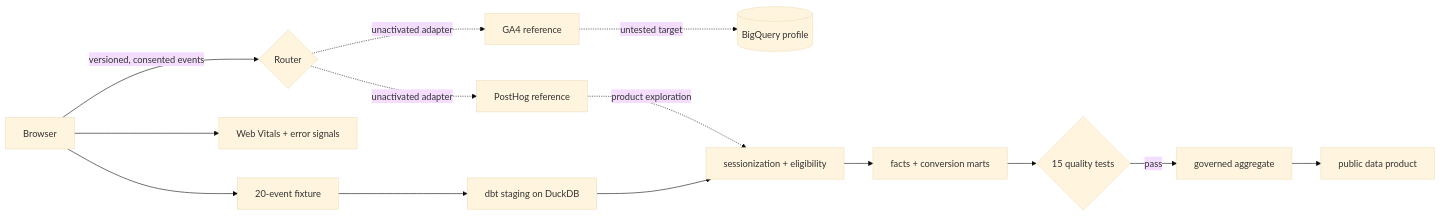
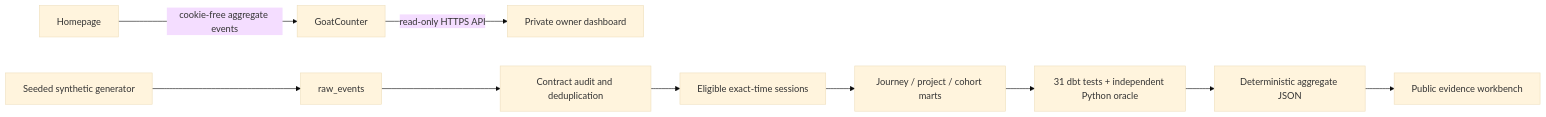
Before and after one commit to KushPatel29/KushPatel29.github.io: the diagram in projects/portfolio-intelligence-platform/README.md, drawn with Mermaid (base theme). The commit also changed other lines of this file and 54 other files, not shown here.

````diff
--- a/projects/portfolio-intelligence-platform/README.md
+++ b/projects/portfolio-intelligence-platform/README.md
@@ -27,16 +53,12 @@
 ```mermaid
 flowchart LR
-  B[Browser] -->|versioned, consented events| R{Router}
-  R -. unactivated adapter .-> G[GA4 reference]
-  R -. unactivated adapter .-> P[PostHog reference]
-  B --> W[Web Vitals + error signals]
-  G -. untested target .-> BQ[(BigQuery profile)]
-  B[Browser] --> SEED[20-event fixture]
-  SEED --> S[dbt staging on DuckDB]
-  S --> I[sessionization + eligibility]
-  I --> F[facts + conversion marts]
-  F --> Q{15 quality tests}
-  Q -->|pass| D[governed aggregate]
-  D --> UI[public data product]
-  P -. product exploration .-> I
+  H[Homepage] -->|cookie-free aggregate events| G[GoatCounter]
+  G -->|read-only HTTPS API| O[Private owner dashboard]
+  F[Seeded synthetic generator] --> R[raw_events]
+  R --> A[Contract audit and deduplication]
+  A --> S[Eligible exact-time sessions]
+  S --> M[Journey / project / cohort marts]
+  M --> Q[31 dbt tests + independent Python oracle]
+  Q --> J[Deterministic aggregate JSON]
+  J --> W[Public evidence workbench]
 ```
````
